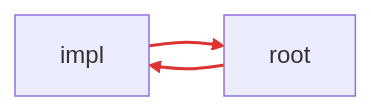
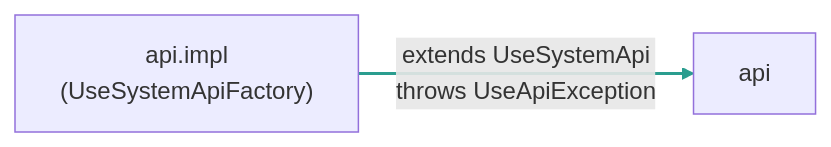
The sixth of 9 diagrams in README_nghiabt_notes_on_this_pr/nghiabt_notes_on_this_pr.md (useocl/use), drawn with Mermaid before and after one commit. The commit also changed other lines of this file and 15 other files, not shown here.

First line of the commit message:
refactor(api): break circular dependency between api and api.impl

````diff
--- a/README_nghiabt_notes_on_this_pr/nghiabt_notes_on_this_pr.md
+++ b/README_nghiabt_notes_on_this_pr/nghiabt_notes_on_this_pr.md
@@ -129,8 +140,5 @@
 ```mermaid
 flowchart LR
-    impl["impl"]
-    root["root"]
-    impl --> root
-    root --> impl
-    linkStyle 0,1 stroke:#d33,stroke-width:2px
+    impl["api.impl<br/>(UseSystemApiFactory)"] -->|"extends UseSystemApi<br/>throws UseApiException"| root["api"]
+    linkStyle 0 stroke:#2a9d8f,stroke-width:2px
 ```
````
